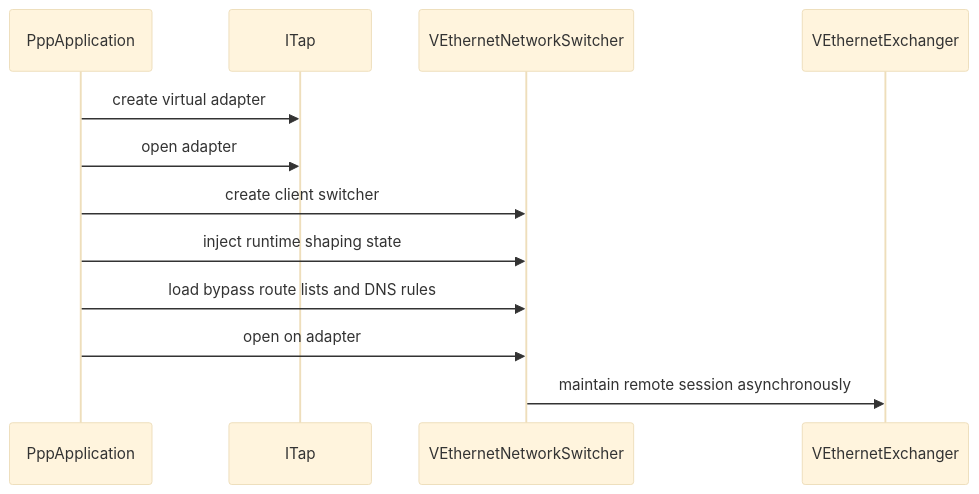
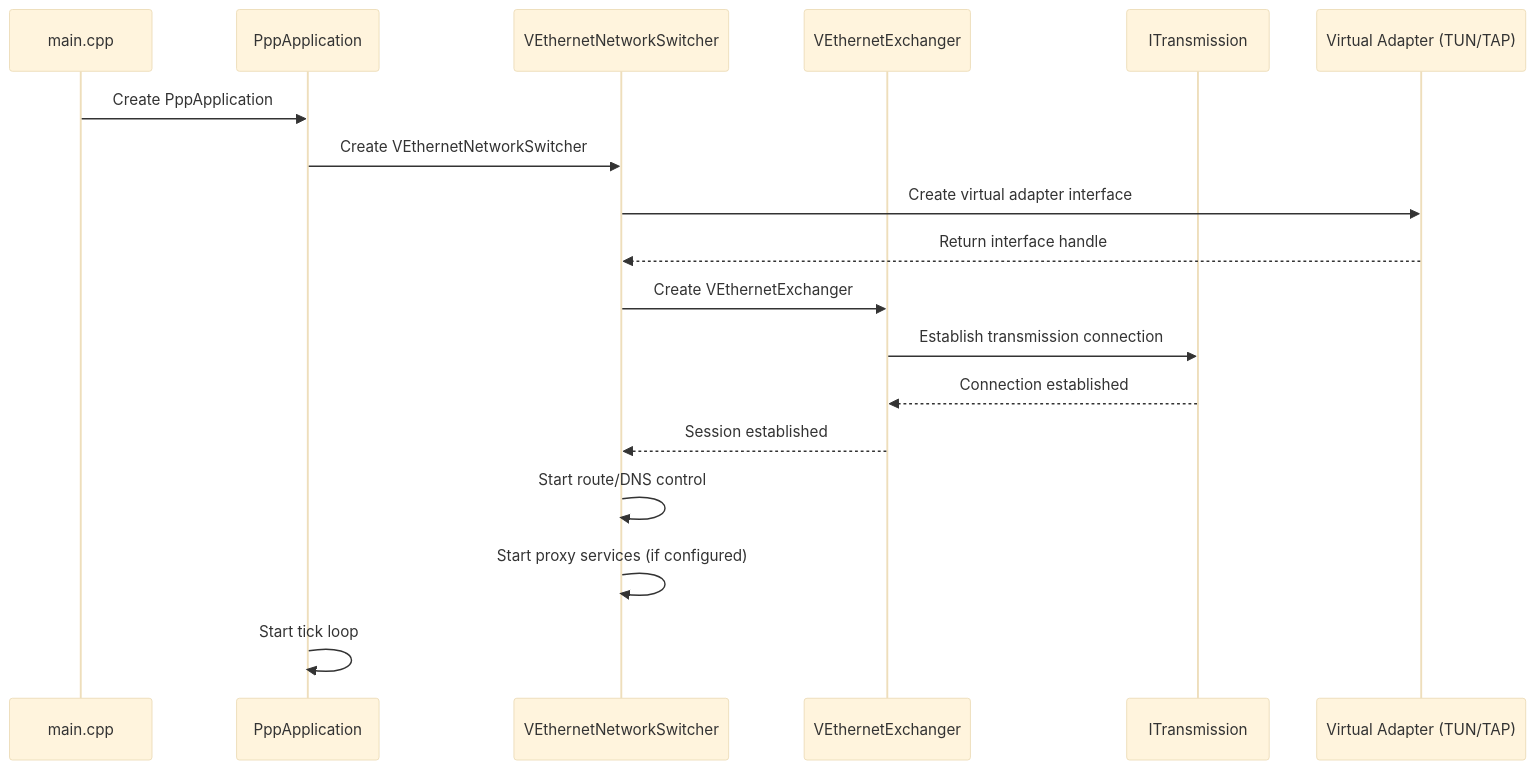
Before and after one commit to HyacinthHaru/openppp2: the fourth of 7 diagrams in docs/STARTUP_AND_LIFECYCLE.md, drawn with Mermaid (base theme). The commit also changed other lines of this file and 31 other files, not shown here.

````diff
--- a/docs/STARTUP_AND_LIFECYCLE.md
+++ b/docs/STARTUP_AND_LIFECYCLE.md
@@ -167,14 +240,21 @@
 ```mermaid
 sequenceDiagram
+    participant M as main.cpp
     participant P as PppApplication
-    participant T as ITap
     participant S as VEthernetNetworkSwitcher
-    participant X as VEthernetExchanger
-    P->>T: create virtual adapter
-    P->>T: open adapter
-    P->>S: create client switcher
-    P->>S: inject runtime shaping state
-    P->>S: load bypass route lists and DNS rules
-    P->>S: open on adapter
-    S->>X: maintain remote session asynchronously
+    participant E as VEthernetExchanger
+    participant T as ITransmission
+    participant V as Virtual Adapter (TUN/TAP)
+    
+    M->>P: Create PppApplication
+    P->>S: Create VEthernetNetworkSwitcher
+    S->>V: Create virtual adapter interface
+    V-->>S: Return interface handle
+    S->>E: Create VEthernetExchanger
+    E->>T: Establish transmission connection
+    T-->>E: Connection established
+    E-->>S: Session established
+    S->>S: Start route/DNS control
+    S->>S: Start proxy services (if configured)
+    P->>P: Start tick loop
 ```
````
